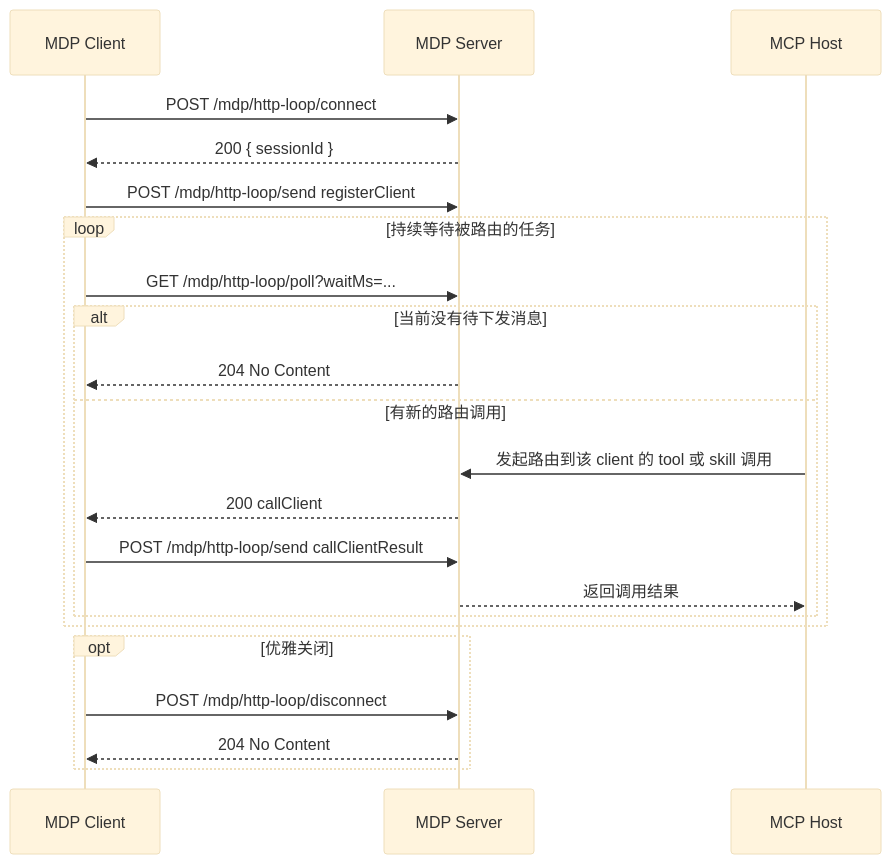
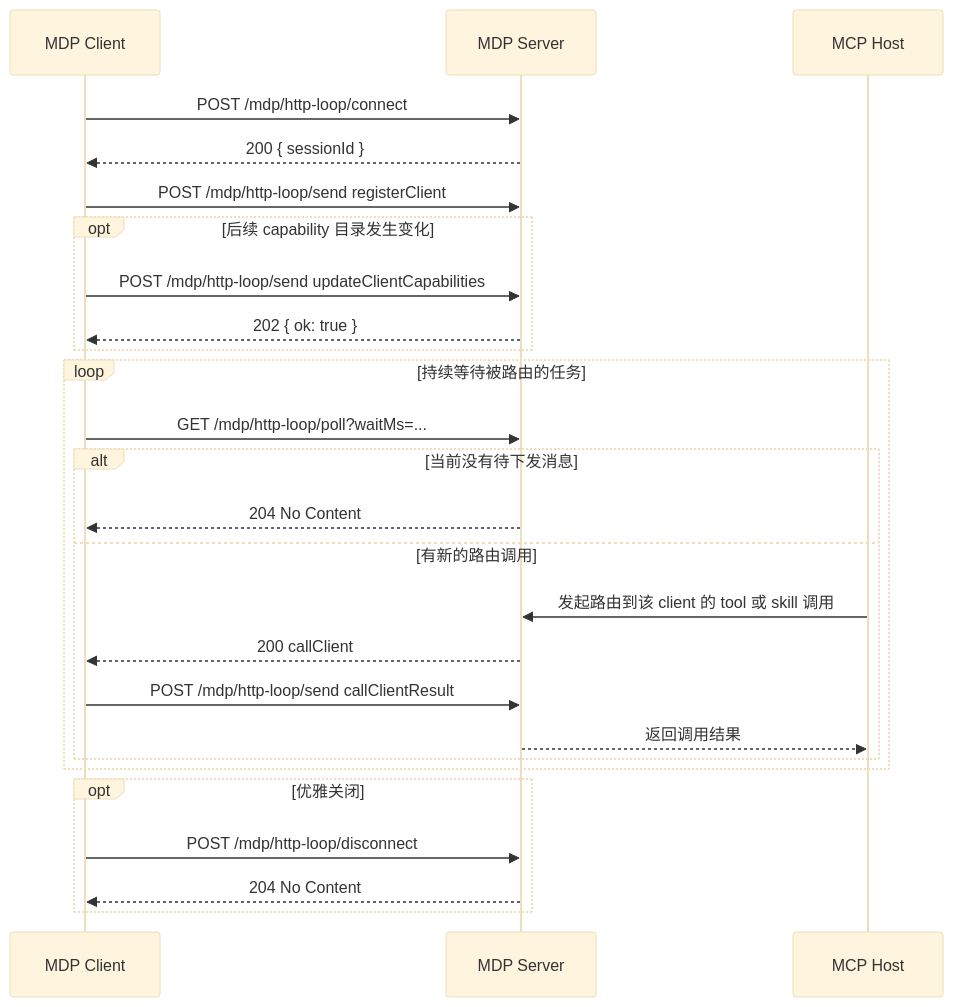
Before and after one commit to modeldriveprotocol/modeldriveprotocol: the diagram in docs/zh-Hans/server/api/http-loop-connection.md, drawn with Mermaid (base theme). The commit also changed other lines of this file and 29 other files, not shown here.

````diff
--- a/docs/zh-Hans/server/api/http-loop-connection.md
+++ b/docs/zh-Hans/server/api/http-loop-connection.md
@@ -54,27 +55,32 @@
 ```mermaid
 sequenceDiagram
   participant Client as MDP Client
   participant Server as MDP Server
   participant Host as MCP Host
 
   Client->>Server: POST /mdp/http-loop/connect
   Server-->>Client: 200 { sessionId }
   Client->>Server: POST /mdp/http-loop/send registerClient
+
+  opt 后续 capability 目录发生变化
+    Client->>Server: POST /mdp/http-loop/send updateClientCapabilities
+    Server-->>Client: 202 { ok: true }
+  end
 
   loop 持续等待被路由的任务
     Client->>Server: GET /mdp/http-loop/poll?waitMs=...
     alt 当前没有待下发消息
       Server-->>Client: 204 No Content
     else 有新的路由调用
       Host->>Server: 发起路由到该 client 的 tool 或 skill 调用
       Server-->>Client: 200 callClient
       Client->>Server: POST /mdp/http-loop/send callClientResult
       Server-->>Host: 返回调用结果
     end
   end
 
   opt 优雅关闭
     Client->>Server: POST /mdp/http-loop/disconnect
     Server-->>Client: 204 No Content
   end
 ```
````
